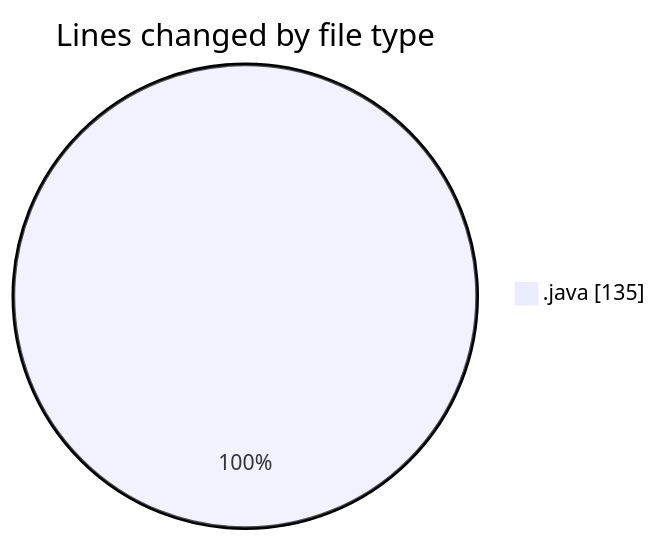
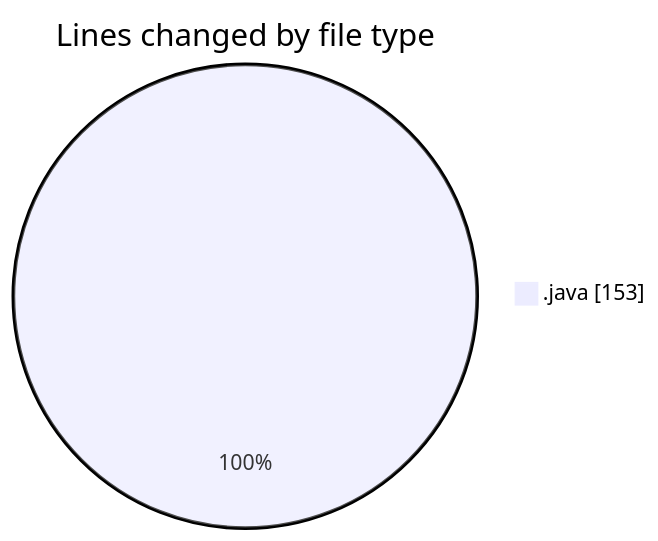
One commit to hasnaa123/code-tracking changed the first of 2 diagrams in 2026-10-25/taskforge/README.md. Above: the diagram before and after it, drawn with Mermaid. The commit also changed other lines of this file and 1 other file, not shown here.

````diff
--- a/2026-10-25/taskforge/README.md
+++ b/2026-10-25/taskforge/README.md
@@ -21,5 +21,5 @@
 ```mermaid
 pie showData
 title Lines changed by file type
-".java" : 135
+".java" : 153
 ```
````
